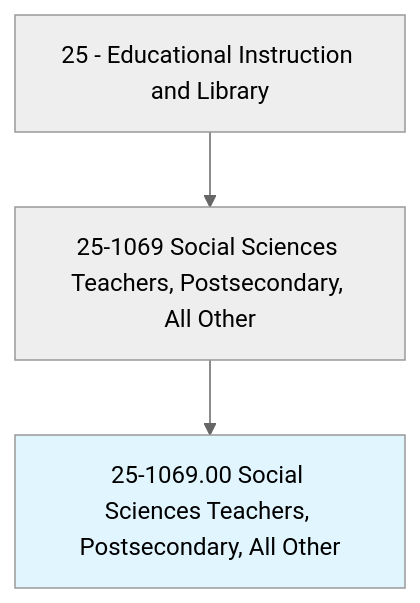
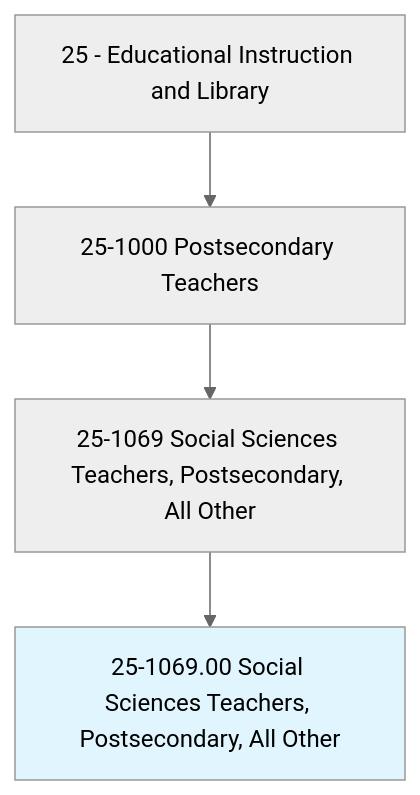
The first of 4 diagrams in occupations/Education/SocialSciencesTeachersPostsecondary.mdx (kziemski/business.org.ai), drawn with Mermaid (neutral theme) before and after one commit. The commit also changed other lines of this file and 938 other files, not shown here.

````diff
--- a/occupations/Education/SocialSciencesTeachersPostsecondary.mdx
+++ b/occupations/Education/SocialSciencesTeachersPostsecondary.mdx
@@ -19,6 +23,7 @@
 ```mermaid
 graph TD
-    Cat25["25 - Educational Instruction and Library"] --> Group251069["25-1069 Social Sciences Teachers, Postsecondary, All Other"]
+    Cat25["25 - Educational Instruction and Library"] --> Group251["25-1000 Postsecondary Teachers"]
+    Group251 --> Group251069["25-1069 Social Sciences Teachers, Postsecondary, All Other"]
     Group251069 --> Current["25-1069.00 Social Sciences Teachers, Postsecondary, All Other"]
     style Current fill:#e1f5fe
 ```
````
